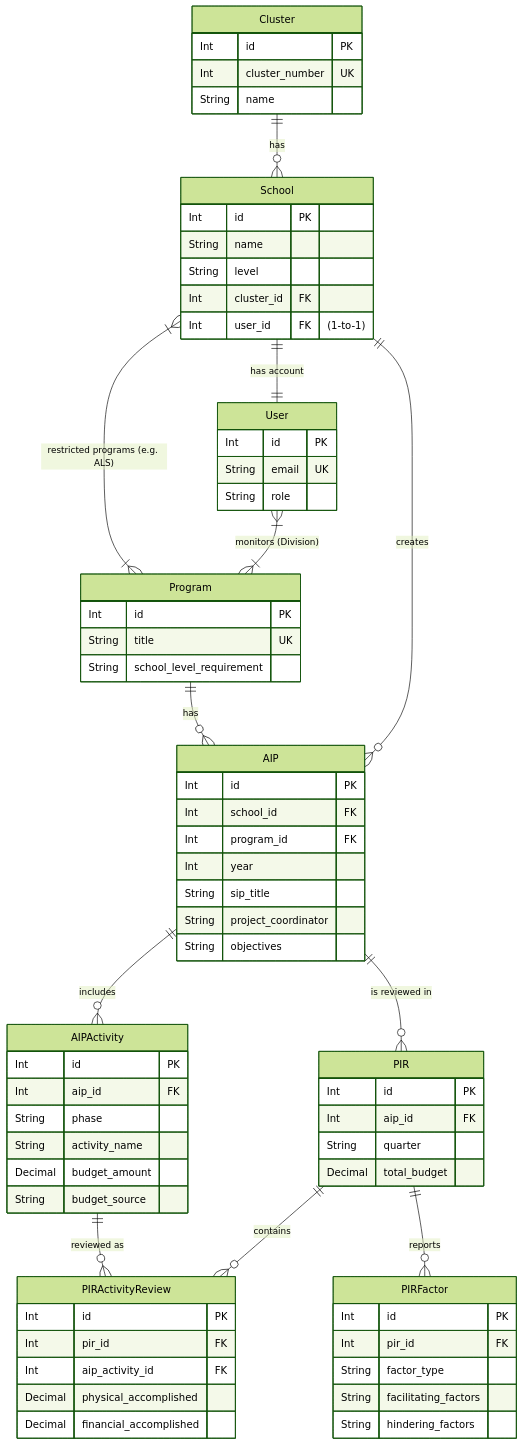
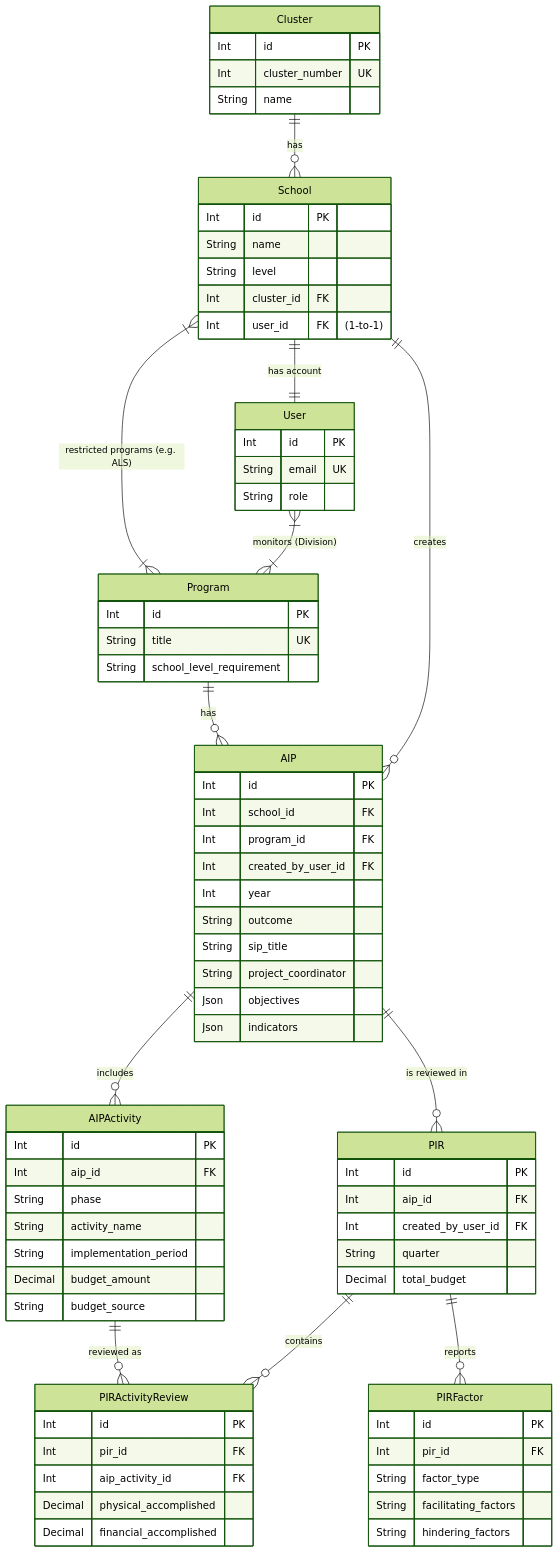
Before and after one commit to PASToR1951/QPIR-AIP: the diagram in SYSTEM_DOCUMENTATION_THESIS.md, drawn with Mermaid (forest theme). The commit also changed other lines of this file and 2 other files, not shown here.

Commit message:
docs: update schema docs, thesis ERD, and TODO for Division Personnel sprint
- DATABASE_SCHEMA.md: fix tech stack (SQLite→PostgreSQL, Node→Deno/Hono),
  add User entity, add created_by_user_id to AIP/PIR, update descriptions
- SYSTEM_DOCUMENTATION_THESIS.md: sync ERD fields, update §4.2.2 Division
  Personnel to reflect AIP/PIR creation and ownership isolation
- TODO.md: add Division Personnel implementation section with accurate
  [x]/[~]/[ ] statuses; update release entry for 1.0.1-beta

````diff
--- a/SYSTEM_DOCUMENTATION_THESIS.md
+++ b/SYSTEM_DOCUMENTATION_THESIS.md
@@ -74,74 +74,79 @@
 ```mermaid
 erDiagram
     Cluster ||--o{ School : "has"
     School ||--|| User : "has account"
     School ||--o{ AIP : "creates"
     Program ||--o{ AIP : "has"
     User }|--|{ Program : "monitors (Division)"
     School }|--|{ Program : "restricted programs (e.g. ALS)"
     AIP ||--o{ AIPActivity : "includes"
     AIP ||--o{ PIR : "is reviewed in"
     PIR ||--o{ PIRActivityReview : "contains"
     AIPActivity ||--o{ PIRActivityReview : "reviewed as"
     PIR ||--o{ PIRFactor : "reports"
 
     Cluster {
         Int id PK
         Int cluster_number UK
         String name
     }
     User {
         Int id PK
         String email UK
         String role
     }
     School {
         Int id PK
         String name
         String level
         Int cluster_id FK
         Int user_id FK "(1-to-1)"
     }
     Program {
         Int id PK
         String title UK
         String school_level_requirement
     }
     AIP {
         Int id PK
         Int school_id FK
         Int program_id FK
+        Int created_by_user_id FK
         Int year
+        String outcome
         String sip_title
         String project_coordinator
-        String objectives
+        Json objectives
+        Json indicators
     }
     AIPActivity {
         Int id PK
         Int aip_id FK
         String phase
         String activity_name
+        String implementation_period
         Decimal budget_amount
         String budget_source
     }
     PIR {
         Int id PK
         Int aip_id FK
+        Int created_by_user_id FK
         String quarter
         Decimal total_budget
     }
     PIRActivityReview {
         Int id PK
         Int pir_id FK
         Int aip_activity_id FK
         Decimal physical_accomplished
         Decimal financial_accomplished
     }
     PIRFactor {
         Int id PK
         Int pir_id FK
         String factor_type
         String facilitating_factors
         String hindering_factors
     }
 ```
````
